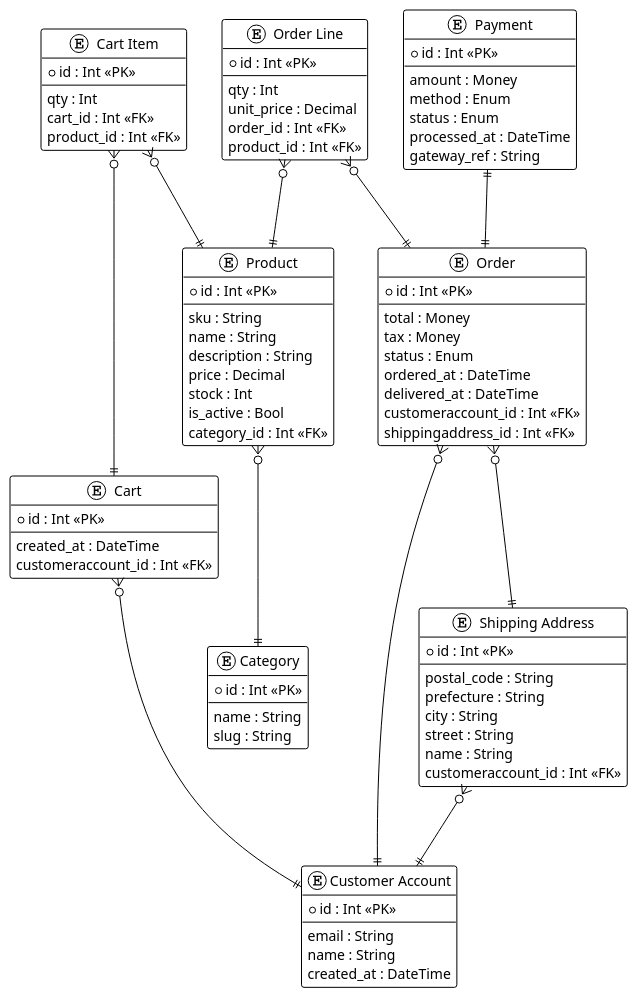
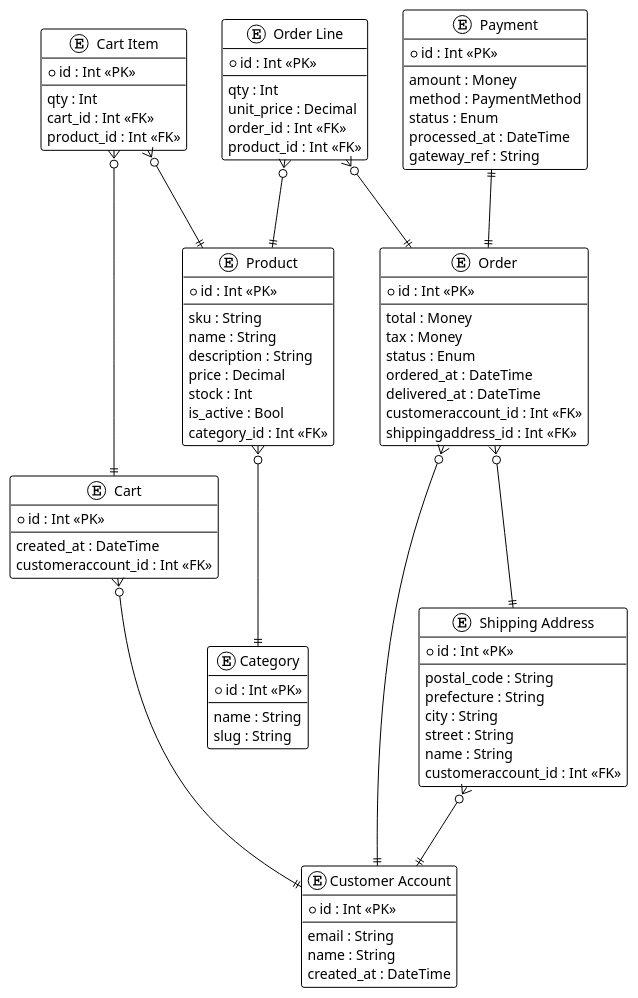
The diagram in samples/ec-site/out/er.puml (manji-0/rdra-ish-dsl), drawn with PlantUML before and after one commit. The commit also changed 12 other files, not shown here.

```diff
--- a/samples/ec-site/out/er.puml
+++ b/samples/ec-site/out/er.puml
@@ -1,90 +1,90 @@
 @startuml
 !theme plain
 
 entity "Cart" as Cart {
   *id : Int <<PK>>
   --
   created_at : DateTime
   customeraccount_id : Int <<FK>>
 }
 entity "Cart Item" as CartItem {
   *id : Int <<PK>>
   --
   qty : Int
   cart_id : Int <<FK>>
   product_id : Int <<FK>>
 }
 entity "Category" as Category {
   *id : Int <<PK>>
   --
   name : String
   slug : String
 }
 entity "Customer Account" as CustomerAccount {
   *id : Int <<PK>>
   --
   email : String
   name : String
   created_at : DateTime
 }
 entity "Order" as Order {
   *id : Int <<PK>>
   --
   total : Money
   tax : Money
   status : Enum
   ordered_at : DateTime
   delivered_at : DateTime
   customeraccount_id : Int <<FK>>
   shippingaddress_id : Int <<FK>>
 }
 entity "Order Line" as OrderLine {
   *id : Int <<PK>>
   --
   qty : Int
   unit_price : Decimal
   order_id : Int <<FK>>
   product_id : Int <<FK>>
 }
 entity "Payment" as Payment {
   *id : Int <<PK>>
   --
   amount : Money
-  method : Enum
+  method : PaymentMethod
   status : Enum
   processed_at : DateTime
   gateway_ref : String
 }
 entity "Product" as Product {
   *id : Int <<PK>>
   --
   sku : String
   name : String
   description : String
   price : Decimal
   stock : Int
   is_active : Bool
   category_id : Int <<FK>>
 }
 entity "Shipping Address" as ShippingAddress {
   *id : Int <<PK>>
   --
   postal_code : String
   prefecture : String
   city : String
   street : String
   name : String
   customeraccount_id : Int <<FK>>
 }
 
 Product }o--|| Category : ""
 ShippingAddress }o--|| CustomerAccount : ""
 Cart }o--|| CustomerAccount : ""
 CartItem }o--|| Product : ""
 CartItem }o--|| Cart : ""
 Order }o--|| CustomerAccount : ""
 Order }o--|| ShippingAddress : ""
 OrderLine }o--|| Product : ""
 OrderLine }o--|| Order : ""
 Payment ||--|| Order : ""
 @enduml
```
